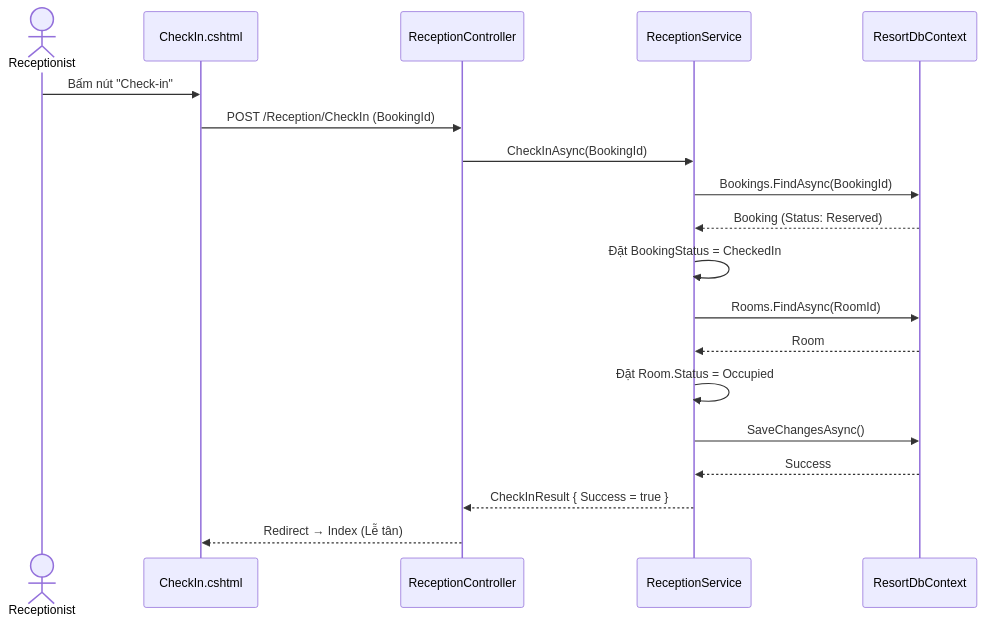
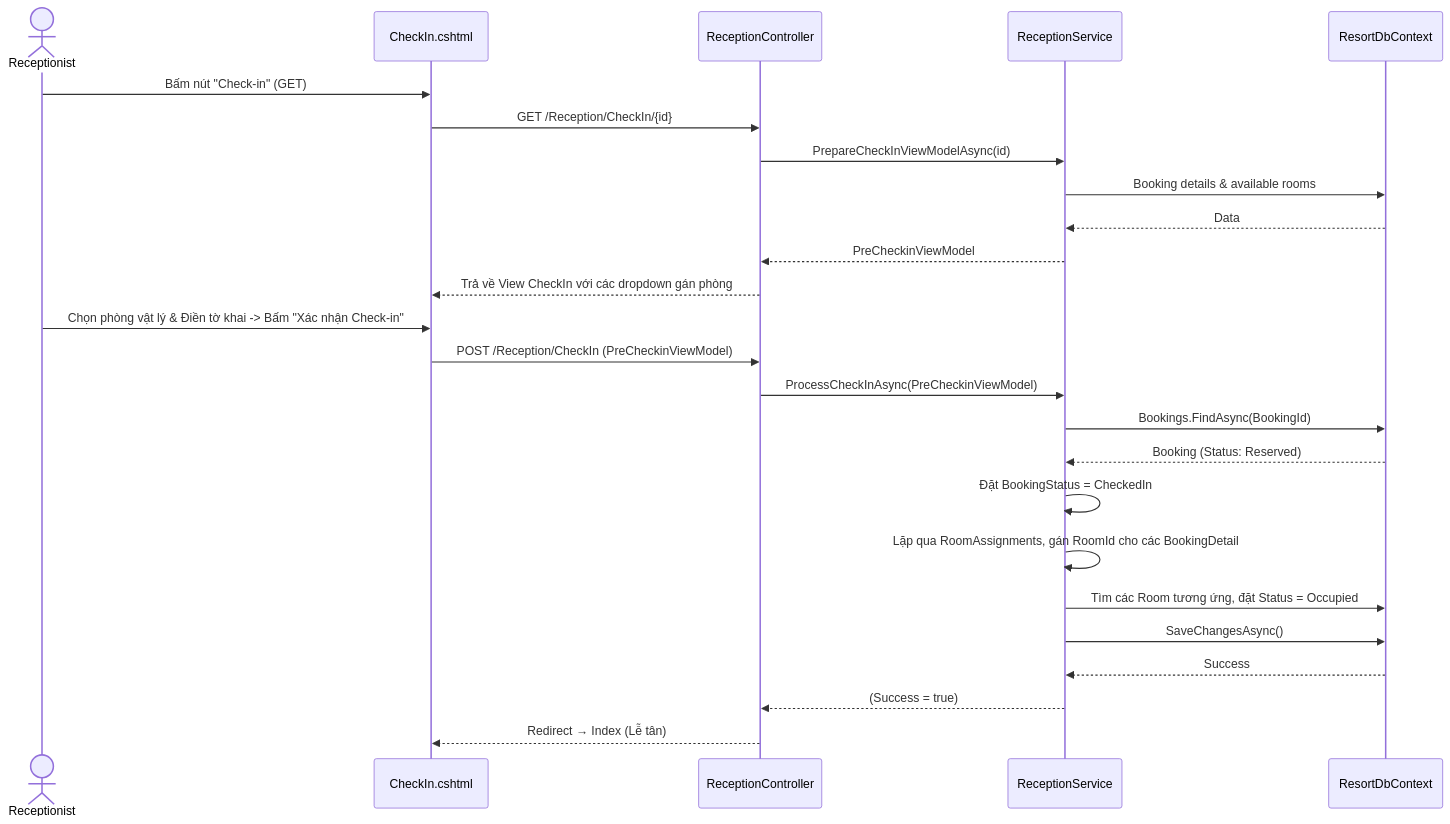
The second of 3 diagrams in 03_implement/EDS_CHECKIN.md (mkhanhs204/resort-management-system), drawn with Mermaid before and after one commit. The commit also changed other lines of this file and 40 other files, not shown here.

````diff
--- a/03_implement/EDS_CHECKIN.md
+++ b/03_implement/EDS_CHECKIN.md
@@ -204,22 +228,29 @@
 ```mermaid
 sequenceDiagram
     actor Receptionist
     participant View as CheckIn.cshtml
     participant Controller as ReceptionController
     participant Service as ReceptionService
     participant DB as ResortDbContext
 
-    Receptionist->>View: Bấm nút "Check-in"
-    View->>Controller: POST /Reception/CheckIn (BookingId)
-    Controller->>Service: CheckInAsync(BookingId)
+    Receptionist->>View: Bấm nút "Check-in" (GET)
+    View->>Controller: GET /Reception/CheckIn/{id}
+    Controller->>Service: PrepareCheckInViewModelAsync(id)
+    Service->>DB: Booking details & available rooms
+    DB-->>Service: Data
+    Service-->>Controller: PreCheckinViewModel
+    Controller-->>View: Trả về View CheckIn với các dropdown gán phòng
+
+    Receptionist->>View: Chọn phòng vật lý & Điền tờ khai -> Bấm "Xác nhận Check-in"
+    View->>Controller: POST /Reception/CheckIn (PreCheckinViewModel)
+    Controller->>Service: ProcessCheckInAsync(PreCheckinViewModel)
     Service->>DB: Bookings.FindAsync(BookingId)
     DB-->>Service: Booking (Status: Reserved)
     Service->>Service: Đặt BookingStatus = CheckedIn
-    Service->>DB: Rooms.FindAsync(RoomId)
-    DB-->>Service: Room
-    Service->>Service: Đặt Room.Status = Occupied
+    Service->>Service: Lặp qua RoomAssignments, gán RoomId cho các BookingDetail
+    Service->>DB: Tìm các Room tương ứng, đặt Status = Occupied
     Service->>DB: SaveChangesAsync()
     DB-->>Service: Success
-    Service-->>Controller: CheckInResult { Success = true }
+    Service-->>Controller: (Success = true)
     Controller-->>View: Redirect → Index (Lễ tân)
 ```
````
